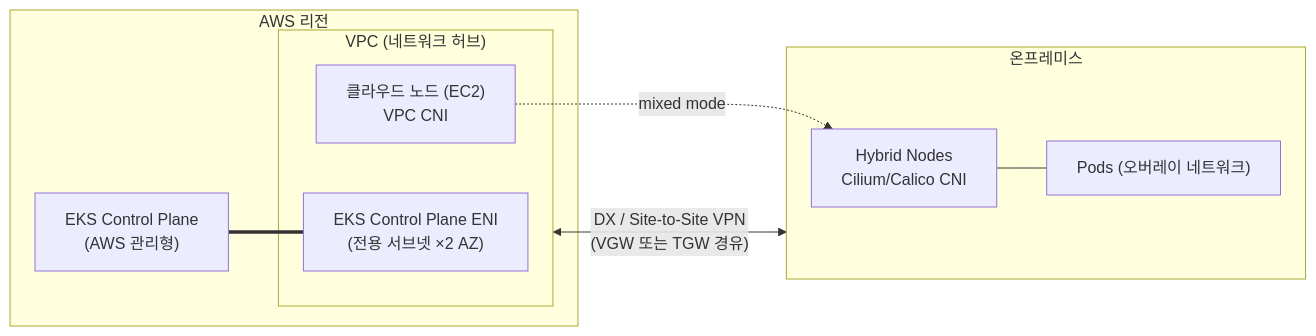
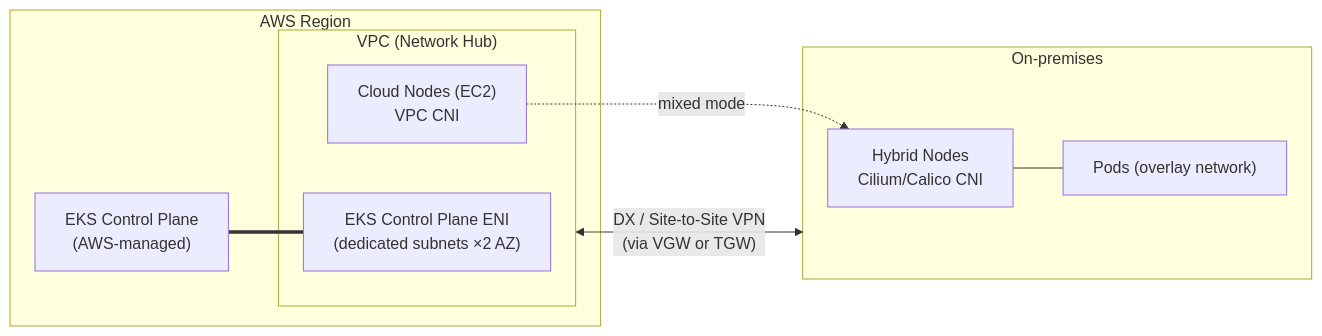
One commit to devfloor9/engineering-playbook changed the diagram in docs/eks-hybrid-nodes/overview-architecture/hybrid-nodes-fundamentals.md. Above: the diagram before and after it, drawn with Mermaid. The commit also changed other lines of this file and 954 other files, not shown here.

````diff
--- a/docs/eks-hybrid-nodes/overview-architecture/hybrid-nodes-fundamentals.md
+++ b/docs/eks-hybrid-nodes/overview-architecture/hybrid-nodes-fundamentals.md
@@ -144,18 +144,18 @@
 ```mermaid
 flowchart LR
-    subgraph REGION["AWS 리전"]
-        subgraph VPC["VPC (네트워크 허브)"]
-            ENI["EKS Control Plane ENI<br/>(전용 서브넷 ×2 AZ)"]
-            CN["클라우드 노드 (EC2)<br/>VPC CNI"]
+    subgraph REGION["AWS Region"]
+        subgraph VPC["VPC (Network Hub)"]
+            ENI["EKS Control Plane ENI<br/>(dedicated subnets ×2 AZ)"]
+            CN["Cloud Nodes (EC2)<br/>VPC CNI"]
         end
-        CP["EKS Control Plane<br/>(AWS 관리형)"]
+        CP["EKS Control Plane<br/>(AWS-managed)"]
     end
-    subgraph ONPREM["온프레미스"]
+    subgraph ONPREM["On-premises"]
         HN["Hybrid Nodes<br/>Cilium/Calico CNI"]
-        POD["Pods (오버레이 네트워크)"]
+        POD["Pods (overlay network)"]
     end
     CP === ENI
-    VPC <-- "DX / Site-to-Site VPN<br/>(VGW 또는 TGW 경유)" --> ONPREM
+    VPC <-- "DX / Site-to-Site VPN<br/>(via VGW or TGW)" --> ONPREM
     HN --- POD
     CN -.->|"mixed mode"| HN
 ```
````
